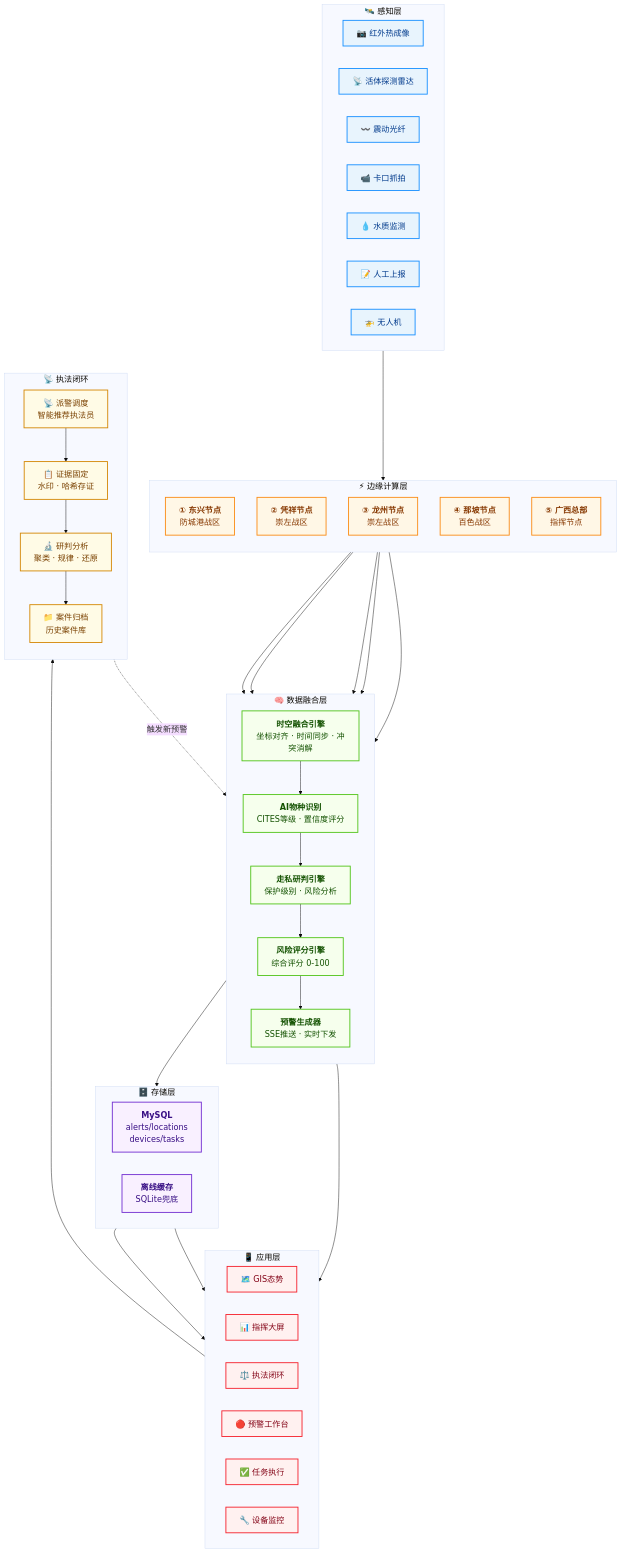
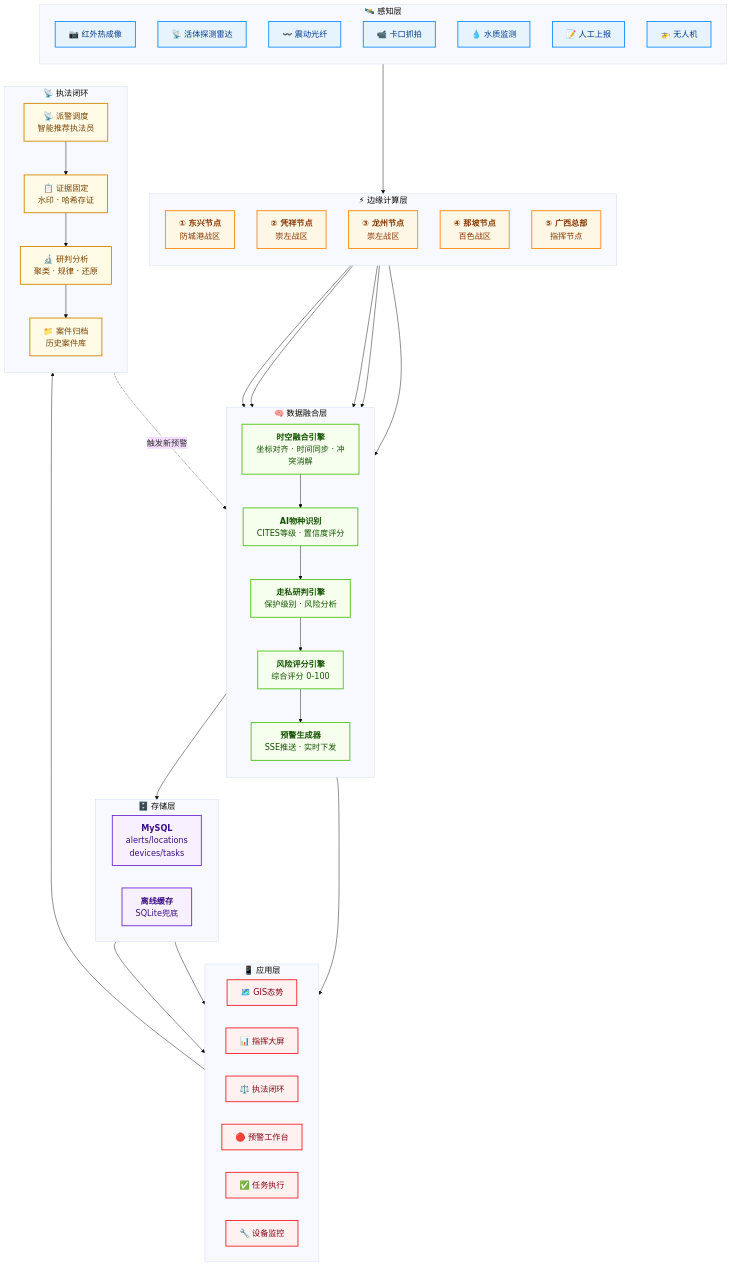
Before and after one commit to ppqqmeimei-create/reyanqinxiao: the diagram in architecture/README.md, drawn with Mermaid.

Commit message:
fix: 感知层改为纵向排列，与边缘计算层保持一致
Made-with: Cursor

````diff
--- a/architecture/README.md
+++ b/architecture/README.md
@@ -27,9 +27,9 @@
 ```mermaid
 %%{init: {'theme': 'base', 'themeVariables': { 'fontSize': '18px', 'nodeSpacing': '35', 'rankSpacing': '70'}}}%%
 flowchart TB
-    %% ============ 感知层（顶部横向） ============
+    %% ============ 感知层（纵向排列） ============
     subgraph S1["🛰️ 感知层"]
-        direction LR
+        direction TB
         S1_1["📷 红外热成像"]
         S1_2["📡 活体探测雷达"]
         S1_3["〰️ 震动光纤"]
````
